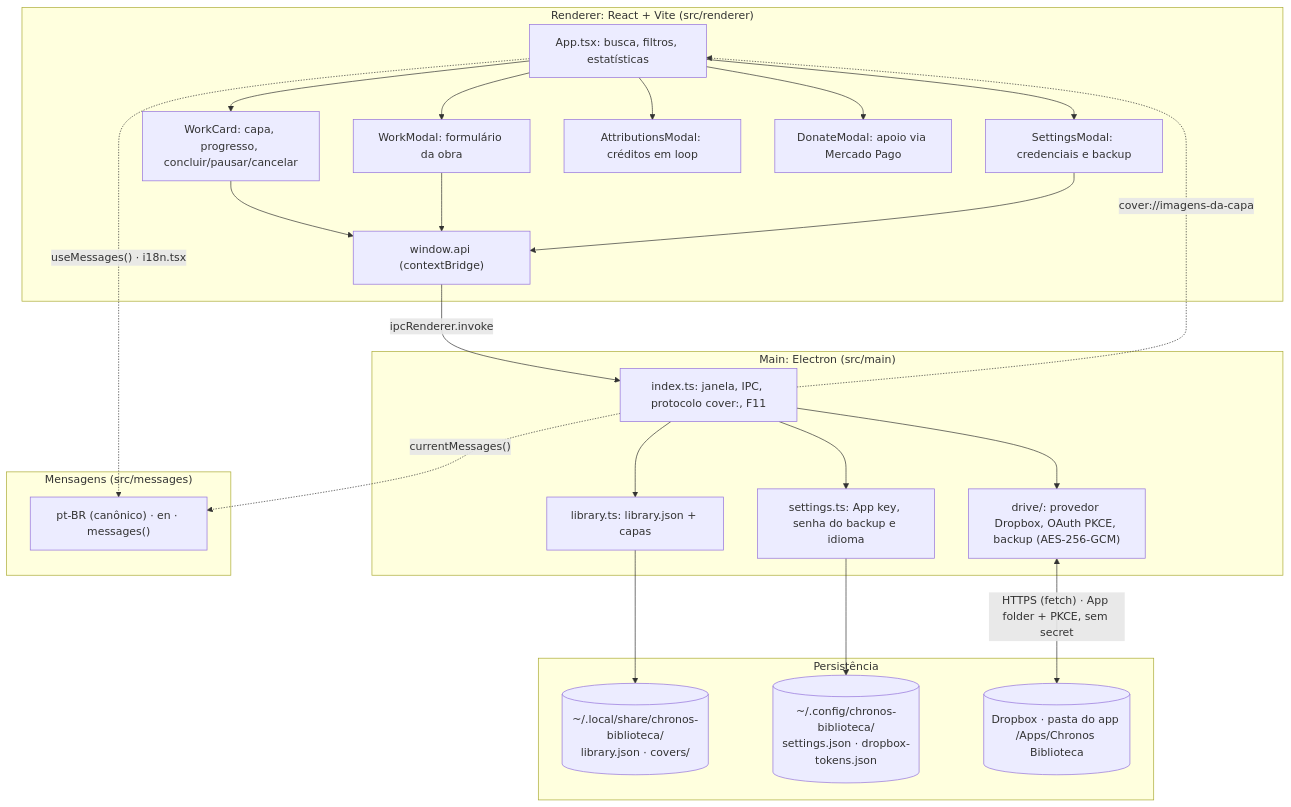
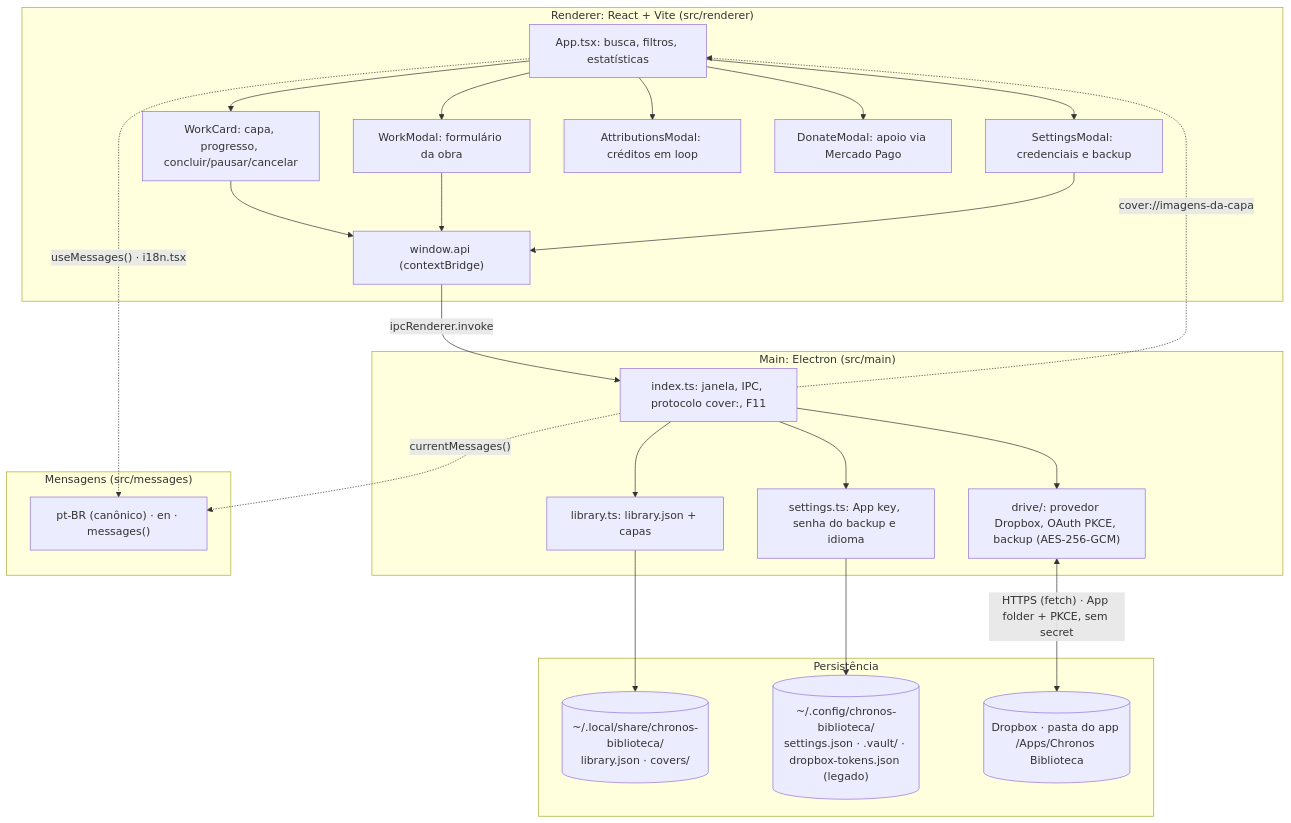
Before and after one commit to chronos-atalante/chronos-biblioteca: the first of 5 diagrams in README.md, drawn with Mermaid. The commit also changed other lines of this file and 61 other files, not shown here.

````diff
--- a/README.md
+++ b/README.md
@@ -220,46 +220,46 @@
 ```mermaid
 flowchart TD
     subgraph RENDERER["Renderer: React + Vite (src/renderer)"]
         UI1["App.tsx: busca, filtros, estatísticas"]
         UI2["WorkCard: capa, progresso, concluir/pausar/cancelar"]
         UI3["WorkModal: formulário da obra"]
         UI4["SettingsModal: credenciais e backup"]
         UI5["AttributionsModal: créditos em loop"]
         UI6["DonateModal: apoio via Mercado Pago"]
         BRIDGE["window.api (contextBridge)"]
         UI1 --> UI2
         UI1 --> UI3
         UI1 --> UI4
         UI1 --> UI5
         UI1 --> UI6
         UI2 --> BRIDGE
         UI3 --> BRIDGE
         UI4 --> BRIDGE
     end
 
     subgraph MAIN["Main: Electron (src/main)"]
         IDX["index.ts: janela, IPC, protocolo cover:, F11"]
         LIB["library.ts: library.json + capas"]
         SET["settings.ts: App key, senha do backup e idioma"]
         DRV["drive/: provedor Dropbox, OAuth PKCE, backup (AES-256-GCM)"]
     end
 
     subgraph MSG["Mensagens (src/messages)"]
         M1["pt-BR (canônico) · en · messages()"]
     end
 
     subgraph STORAGE["Persistência"]
         LOKAL[("~/.local/share/chronos-biblioteca/<br/>library.json · covers/")]
-        CFG[("~/.config/chronos-biblioteca/<br/>settings.json · dropbox-tokens.json")]
+        CFG[("~/.config/chronos-biblioteca/<br/>settings.json · .vault/ · dropbox-tokens.json (legado)")]
         DRIVE[("Dropbox · pasta do app /Apps/Chronos Biblioteca")]
     end
 
     BRIDGE -->|"ipcRenderer.invoke"| IDX
     IDX --> LIB --> LOKAL
     IDX --> SET --> CFG
     IDX --> DRV
     DRV <-->|"HTTPS (fetch) · App folder + PKCE, sem secret"| DRIVE
     IDX -.->|"cover://imagens-da-capa"| UI1
     UI1 -.->|"useMessages() · i18n.tsx"| M1
     IDX -.->|"currentMessages()"| M1
 ```
````
